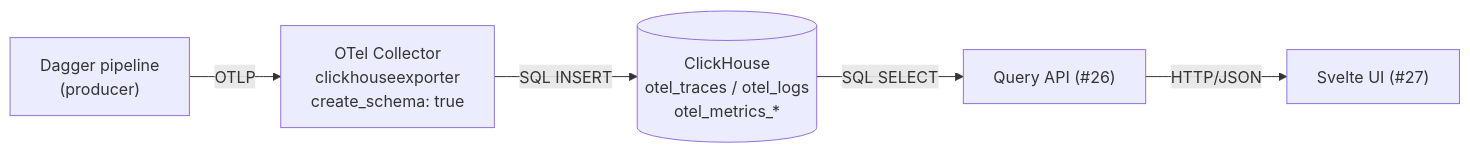
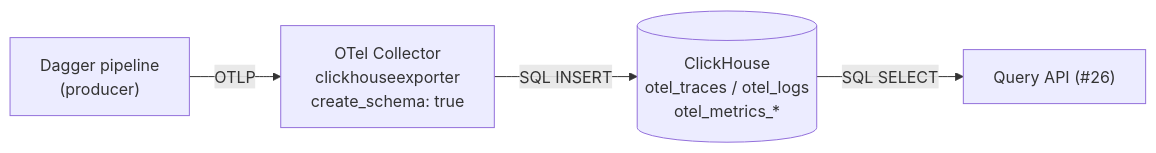
Before and after one commit to guettli/otelhouse: the diagram in README.md, drawn with Mermaid. The commit also changed other lines of this file, not shown here.

First line of the commit message:
docs: drop Svelte UI references from README (#69)

````diff
--- a/README.md
+++ b/README.md
@@ -112,13 +112,11 @@
 ```mermaid
 flowchart LR
     Dagger["Dagger pipeline<br/>(producer)"]
     Collector["OTel Collector<br/>clickhouseexporter<br/>create_schema: true"]
     CH[("ClickHouse<br/>otel_traces / otel_logs<br/>otel_metrics_*")]
     API["Query API (#26)"]
-    UI["Svelte UI (#27)"]
 
     Dagger -- OTLP --> Collector
     Collector -- SQL INSERT --> CH
     CH -- SQL SELECT --> API
-    API -- HTTP/JSON --> UI
 ```
````
